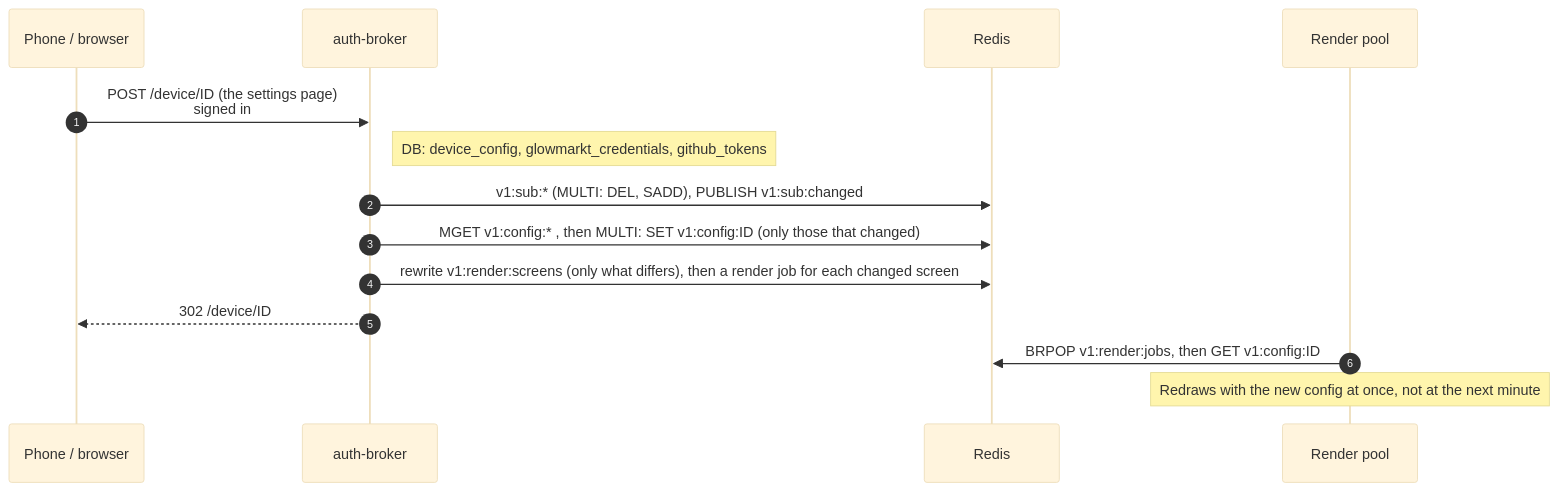
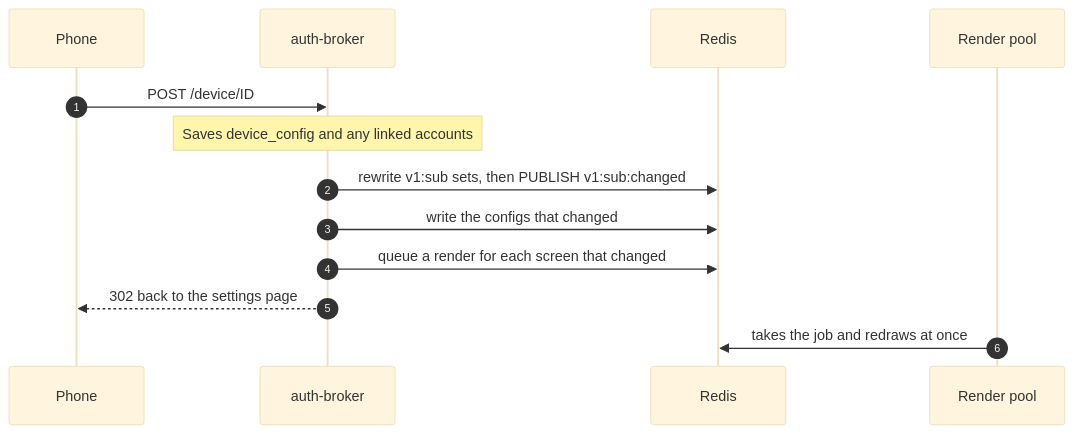
The fourth of 4 diagrams in docs/architecture.md (nvorkinn/auth-broker), drawn with Mermaid (base theme) before and after one commit. The commit also changed other lines of this file and 6 other files, not shown here.

````diff
--- a/docs/architecture.md
+++ b/docs/architecture.md
@@ -402,16 +151,16 @@
 ```mermaid
 sequenceDiagram
     autonumber
-    participant P as Phone / browser
+    participant P as Phone
     participant B as auth-broker
     participant D as Redis
     participant W as Render pool
-    P->>B: POST /device/ID (the settings page)<br/>signed in
-    Note right of B: DB: device_config, glowmarkt_credentials, github_tokens
-    B->>D: v1:sub:* (MULTI: DEL, SADD), PUBLISH v1:sub:changed
-    B->>D: MGET v1:config:* , then MULTI: SET v1:config:ID (only those that changed)
-    B->>D: rewrite v1:render:screens (only what differs), then a render job for each changed screen
-    B-->>P: 302 /device/ID
-    W->>D: BRPOP v1:render:jobs, then GET v1:config:ID
-    Note over W: Redraws with the new config at once, not at the next minute
+
+    P->>B: POST /device/ID
+    Note over B: Saves device_config and any linked accounts
+    B->>D: rewrite v1:sub sets, then PUBLISH v1:sub:changed
+    B->>D: write the configs that changed
+    B->>D: queue a render for each screen that changed
+    B-->>P: 302 back to the settings page
+    W->>D: takes the job and redraws at once
 ```
````
